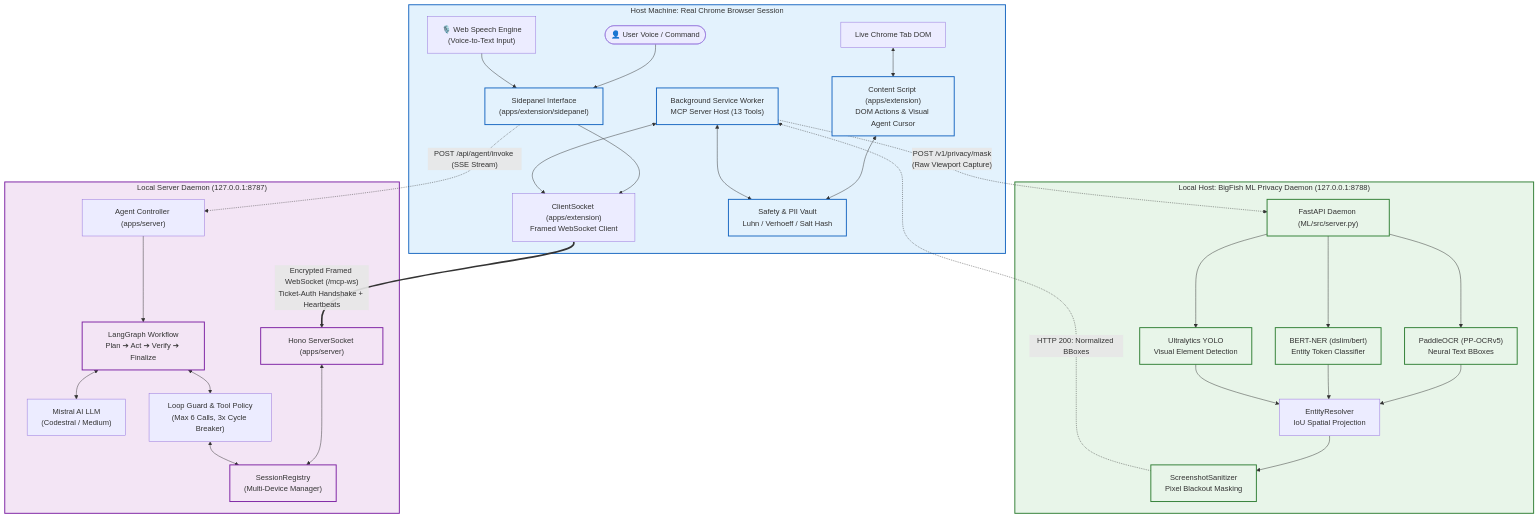
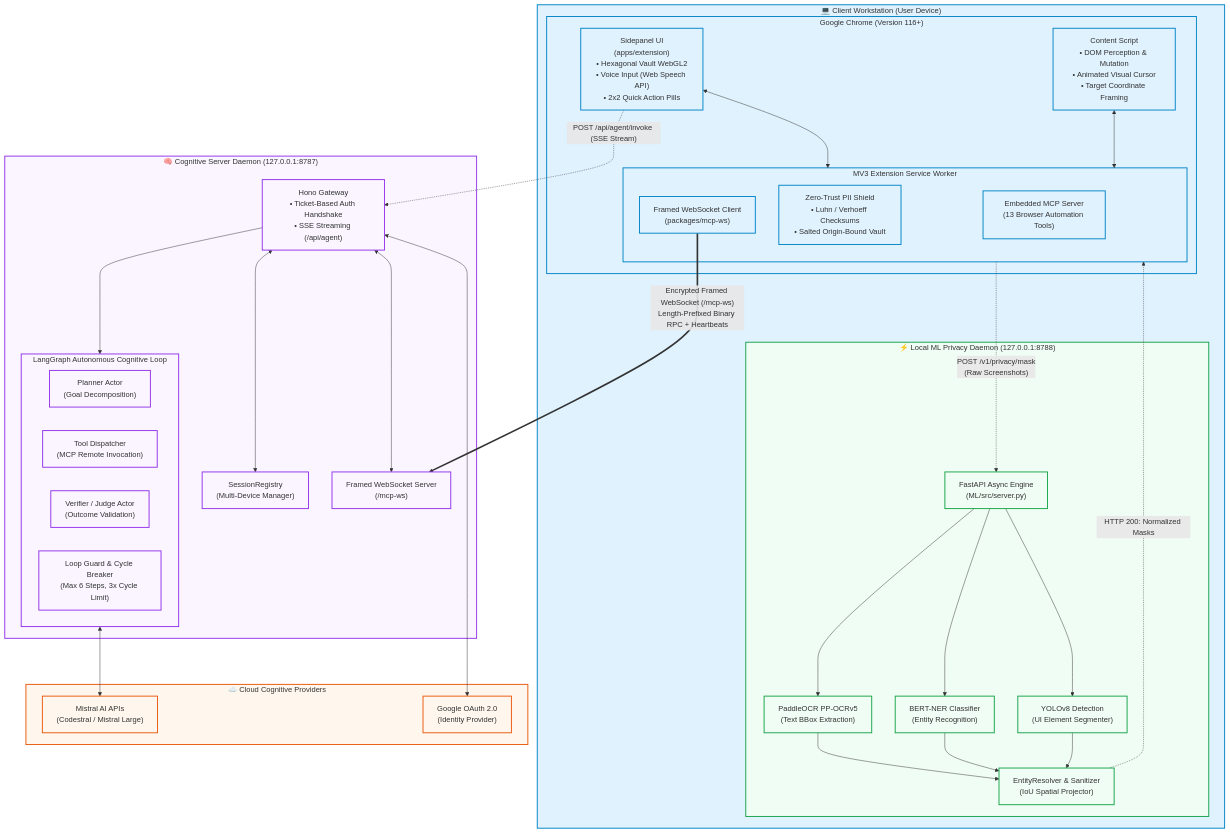
The third of 8 diagrams in README.md (Coder-Aryan09/BigFish), drawn with Mermaid before and after one commit. The commit also changed other lines of this file, not shown here.

Commit message:
docs: overhaul README with enterprise Mermaid diagrams, architecture flows, and technical specifications

````diff
--- a/README.md
+++ b/README.md
@@ -132,43 +119,69 @@
 ```mermaid
-flowchart TD
-    subgraph Client["Host Machine: Real Chrome Browser Session"]
-        User(["👤 User Voice / Command"]) --> UI["Sidepanel Interface<br/>(apps/extension/sidepanel)"]
-        Voice["🎙️ Web Speech Engine<br/>(Voice-to-Text Input)"] --> UI
-        UI --> ClientWS["ClientSocket (apps/extension)<br/>Framed WebSocket Client"]
-        
-        DOM["Live Chrome Tab DOM"] <--> ContentScript["Content Script (apps/extension)<br/>DOM Actions & Visual Agent Cursor"]
-        ContentScript <--> SafetyEngine["Safety & PII Vault<br/>Luhn / Verhoeff / Salt Hash"]
-        
-        BackgroundWorker["Background Service Worker<br/>MCP Server Host (13 Tools)"] <--> SafetyEngine
-        BackgroundWorker <--> ClientWS
+flowchart TB
+    subgraph HostWorkstation["💻 Client Workstation (User Device)"]
+        subgraph BrowserChrome["Google Chrome (Version 116+)"]
+            UI["Sidepanel UI<br/>(apps/extension)<br/>• Hexagonal Vault WebGL2<br/>• Voice Input (Web Speech API)<br/>• 2x2 Quick Action Pills"]
+            ContentScript["Content Script<br/>• DOM Perception & Mutation<br/>• Animated Visual Cursor<br/>• Target Coordinate Framing"]
+            
+            subgraph ExtensionCore["MV3 Extension Service Worker"]
+                MCPServer["Embedded MCP Server<br/>(13 Browser Automation Tools)"]
+                PIIShield["Zero-Trust PII Shield<br/>• Luhn / Verhoeff Checksums<br/>• Salted Origin-Bound Vault"]
+                ClientTransport["Framed WebSocket Client<br/>(packages/mcp-ws)"]
+            end
+            
+            UI <--> ExtensionCore
+            ContentScript <--> ExtensionCore
+        end
+
+        subgraph MLDaemon["⚡ Local ML Privacy Daemon (127.0.0.1:8788)"]
+            MLServer["FastAPI Async Engine<br/>(ML/src/server.py)"]
+            PaddleOCR["PaddleOCR PP-OCRv5<br/>(Text BBox Extraction)"]
+            BERT["BERT-NER Classifier<br/>(Entity Recognition)"]
+            YOLO["YOLOv8 Detection<br/>(UI Element Segmenter)"]
+            Resolver["EntityResolver & Sanitizer<br/>(IoU Spatial Projector)"]
+
+            MLServer --> PaddleOCR & BERT & YOLO
+            PaddleOCR & BERT & YOLO --> Resolver
+        end
+
+        ExtensionCore -. "POST /v1/privacy/mask<br/>(Raw Screenshots)" .-> MLServer
+        Resolver -. "HTTP 200: Normalized Masks" .-> ExtensionCore
     end
 
-    subgraph ML_Daemon["Local Host: BigFish ML Privacy Daemon (127.0.0.1:8788)"]
-        BackgroundWorker -. "POST /v1/privacy/mask<br/>(Raw Viewport Capture)" .-> MLServer["FastAPI Daemon (ML/src/server.py)"]
-        MLServer --> OCR["PaddleOCR (PP-OCRv5)<br/>Neural Text BBoxes"]
-        MLServer --> NER["BERT-NER (dslim/bert)<br/>Entity Token Classifier"]
-        MLServer --> YOLO["Ultralytics YOLO<br/>Visual Element Detection"]
-        OCR & NER & YOLO --> Resolver["EntityResolver<br/>IoU Spatial Projection"]
-        Resolver --> Sanitizer["ScreenshotSanitizer<br/>Pixel Blackout Masking"]
-        Sanitizer -. "HTTP 200: Normalized BBoxes" .-> BackgroundWorker
+    subgraph BackendServer["🧠 Cognitive Server Daemon (127.0.0.1:8787)"]
+        ServerGateway["Hono Gateway<br/>• Ticket-Based Auth Handshake<br/>• SSE Streaming (/api/agent)"]
+        SessionRegistry["SessionRegistry<br/>(Multi-Device Manager)"]
+        ServerTransport["Framed WebSocket Server<br/>(/mcp-ws)"]
+        
+        subgraph LangGraphEngine["LangGraph Autonomous Cognitive Loop"]
+            PlannerNode["Planner Actor<br/>(Goal Decomposition)"]
+            ToolNode["Tool Dispatcher<br/>(MCP Remote Invocation)"]
+            JudgeNode["Verifier / Judge Actor<br/>(Outcome Validation)"]
+            LoopGuard["Loop Guard & Cycle Breaker<br/>(Max 6 Steps, 3x Cycle Limit)"]
+        end
+
+        ServerGateway <--> SessionRegistry
+        ServerGateway <--> ServerTransport
+        ServerGateway --> LangGraphEngine
     end
 
-    subgraph Server["Local Server Daemon (127.0.0.1:8787)"]
-        ClientWS == "Encrypted Framed WebSocket (/mcp-ws)<br/>Ticket-Auth Handshake + Heartbeats" ==> ServerWS["Hono ServerSocket (apps/server)"]
-        ServerWS <--> Registry["SessionRegistry<br/>(Multi-Device Manager)"]
-        
-        UI -. "POST /api/agent/invoke (SSE Stream)" .-> AgentController["Agent Controller (apps/server)"]
-        AgentController --> LangGraph["LangGraph Workflow<br/>Plan ➔ Act ➔ Verify ➔ Finalize"]
-        
-        LangGraph <--> Mistral["Mistral AI LLM<br/>(Codestral / Medium)"]
-        LangGraph <--> ToolPolicy["Loop Guard & Tool Policy<br/>(Max 6 Calls, 3x Cycle Breaker)"]
-        ToolPolicy <--> Registry
+    subgraph ExternalCloud["☁️ Cloud Cognitive Providers"]
+        MistralAI["Mistral AI APIs<br/>(Codestral / Mistral Large)"]
+        OAuthGoogle["Google OAuth 2.0<br/>(Identity Provider)"]
     end
 
-    classDef client fill:#e3f2fd,stroke:#1565c0,stroke-width:2px;
-    classDef server fill:#f3e5f5,stroke:#7b1fa2,stroke-width:2px;
-    classDef ml fill:#e8f5e9,stroke:#2e7d32,stroke-width:2px;
-    class Client,UI,ContentScript,BackgroundWorker,SafetyEngine client;
-    class Server,ServerWS,LangGraph,Registry server;
-    class ML_Daemon,MLServer,OCR,NER,YOLO,Sanitizer ml;
+    ClientTransport == "Encrypted Framed WebSocket (/mcp-ws)<br/>Length-Prefixed Binary RPC + Heartbeats" ==> ServerTransport
+    UI -. "POST /api/agent/invoke (SSE Stream)" .-> ServerGateway
+    LangGraphEngine <--> MistralAI
+    ServerGateway <--> OAuthGoogle
+
+    classDef client fill:#e0f2fe,stroke:#0284c7,stroke-width:2px;
+    classDef ml fill:#f0fdf4,stroke:#16a34a,stroke-width:2px;
+    classDef server fill:#faf5ff,stroke:#9333ea,stroke-width:2px;
+    classDef cloud fill:#fff7ed,stroke:#ea580c,stroke-width:2px;
+
+    class HostWorkstation,BrowserChrome,UI,ContentScript,ExtensionCore,MCPServer,PIIShield,ClientTransport client;
+    class MLDaemon,MLServer,PaddleOCR,BERT,YOLO,Resolver ml;
+    class BackendServer,ServerGateway,SessionRegistry,ServerTransport,LangGraphEngine,PlannerNode,ToolNode,JudgeNode,LoopGuard server;
+    class ExternalCloud,MistralAI,OAuthGoogle cloud;
 ```
````
